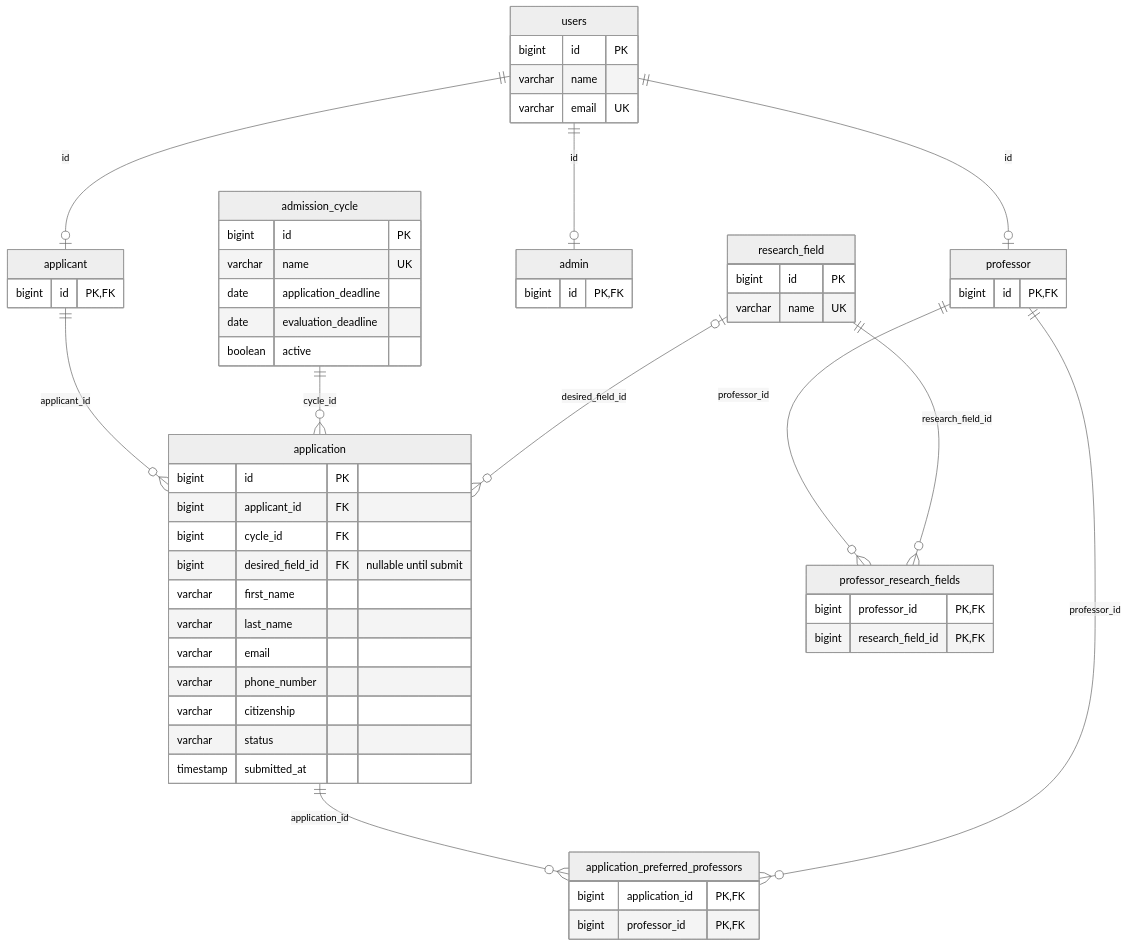
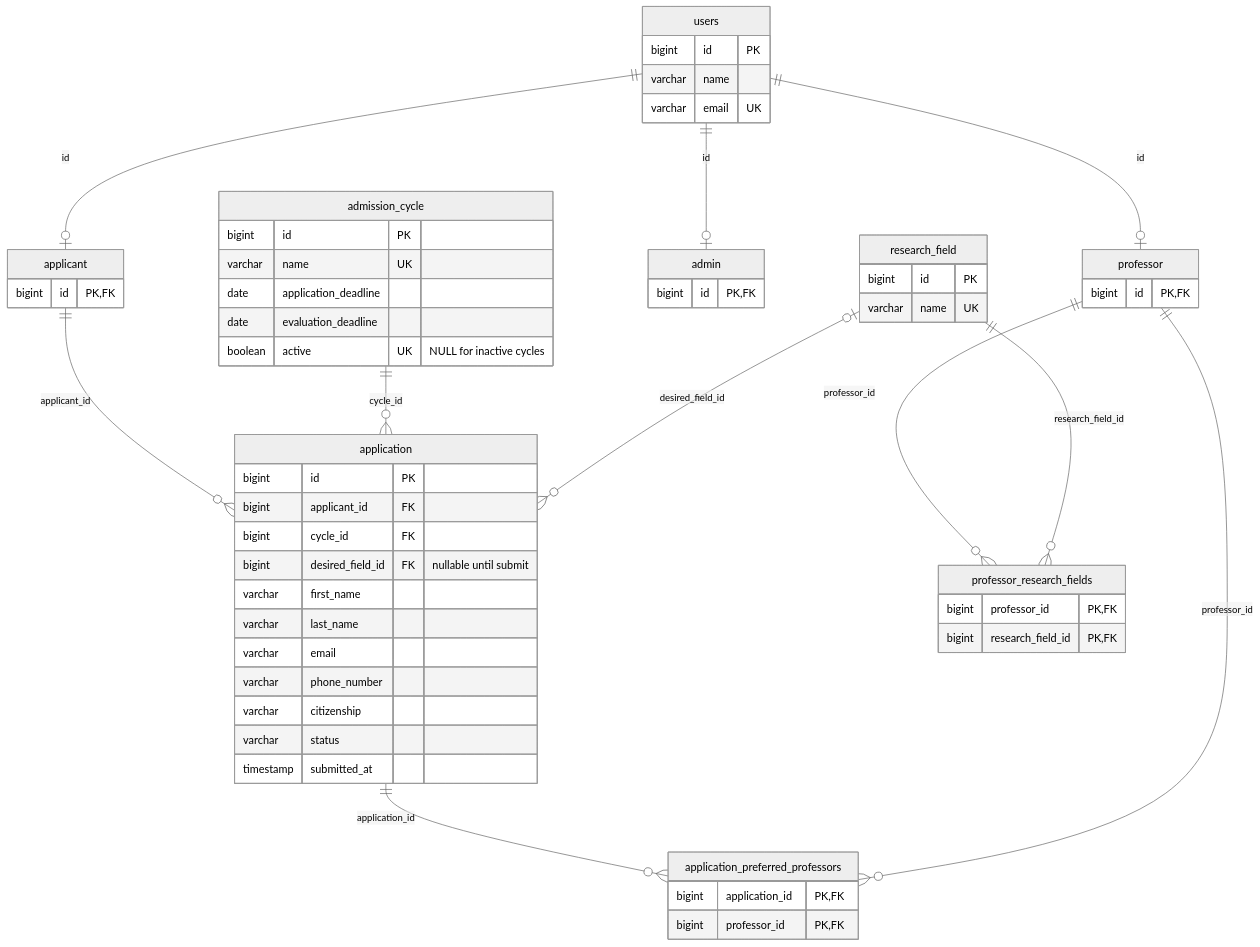
Before and after one commit to sanil04/Graduate-Admissions-Management-System: the third of 3 diagrams in README.md, drawn with Mermaid (neutral theme). The commit also changed other lines of this file and 6 other files, not shown here.

````diff
--- a/README.md
+++ b/README.md
@@ -179,54 +179,54 @@
 ```mermaid
 erDiagram
     users ||--o| applicant : "id"
     users ||--o| professor : "id"
     users ||--o| admin : "id"
     applicant ||--o{ application : "applicant_id"
     admission_cycle ||--o{ application : "cycle_id"
     research_field |o--o{ application : "desired_field_id"
     application ||--o{ application_preferred_professors : "application_id"
     professor ||--o{ application_preferred_professors : "professor_id"
     professor ||--o{ professor_research_fields : "professor_id"
     research_field ||--o{ professor_research_fields : "research_field_id"
 
     users {
         bigint id PK
         varchar name
         varchar email UK
     }
     applicant { bigint id PK,FK }
     professor { bigint id PK,FK }
     admin { bigint id PK,FK }
     research_field {
         bigint id PK
         varchar name UK
     }
     admission_cycle {
         bigint id PK
         varchar name UK
         date application_deadline
         date evaluation_deadline
-        boolean active
+        boolean active UK "NULL for inactive cycles"
     }
     application {
         bigint id PK
         bigint applicant_id FK
         bigint cycle_id FK
         bigint desired_field_id FK "nullable until submit"
         varchar first_name
         varchar last_name
         varchar email
         varchar phone_number
         varchar citizenship
         varchar status
         timestamp submitted_at
     }
     application_preferred_professors {
         bigint application_id PK,FK
         bigint professor_id PK,FK
     }
     professor_research_fields {
         bigint professor_id PK,FK
         bigint research_field_id PK,FK
     }
 ```
````
